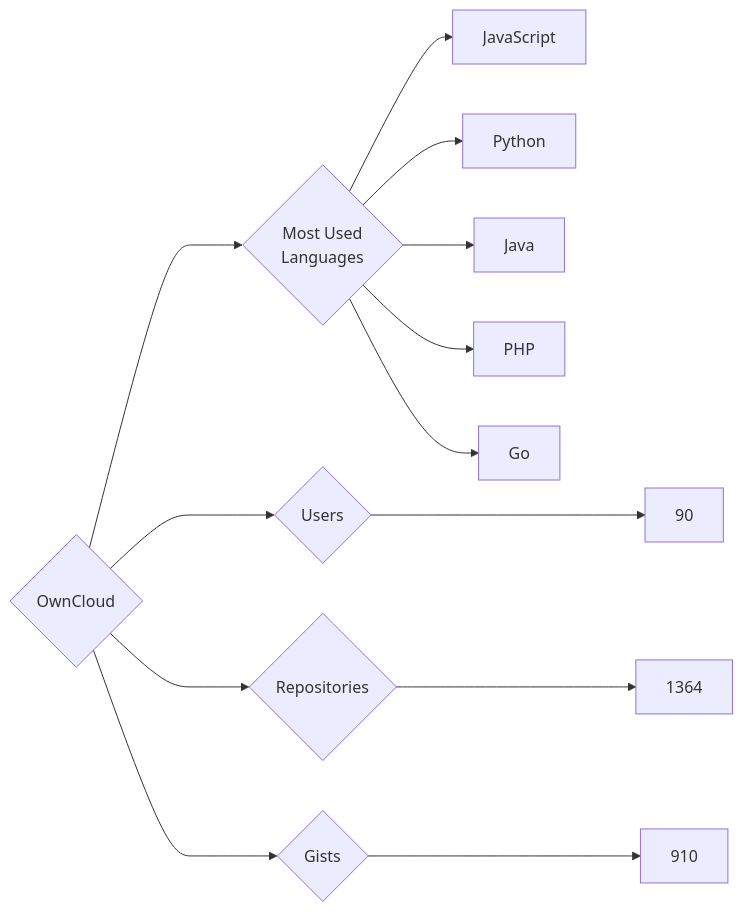
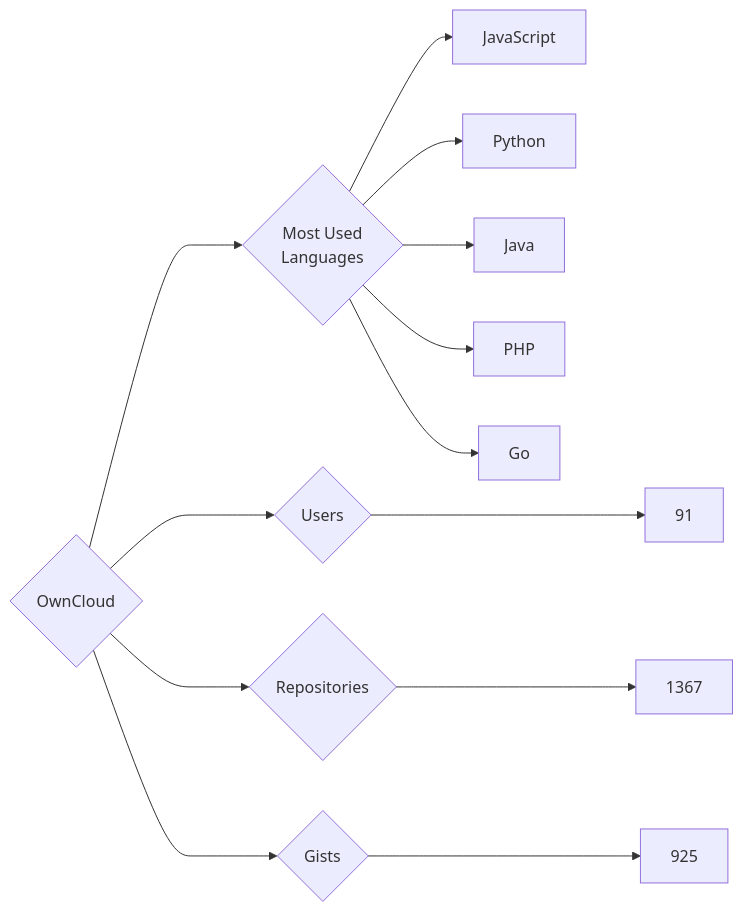
The diagram in targets/OwnCloud/README.md (trickest/insiders), drawn with Mermaid before and after one commit. The commit also changed 1479 other files, not shown here.

````diff
--- a/targets/OwnCloud/README.md
+++ b/targets/OwnCloud/README.md
@@ -3,13 +3,13 @@
 ```mermaid
 graph LR
 COMPANY_NAME{OwnCloud}
-COMPANY_NAME ---> U{Users} ---> UN[90]
-COMPANY_NAME ---> R{Repositories} ---> RN[1364]
-COMPANY_NAME ---> G{Gists} ---> GN[910]
+COMPANY_NAME ---> U{Users} ---> UN[91]
+COMPANY_NAME ---> R{Repositories} ---> RN[1367]
+COMPANY_NAME ---> G{Gists} ---> GN[925]
 COMPANY_NAME ---> ML{Most Used<br>Languages}
 ML --> JavaScript[JavaScript]
 ML --> Python[Python]
 ML --> Java[Java]
 ML --> PHP[PHP]
 ML --> Go[Go]
 ```
````
